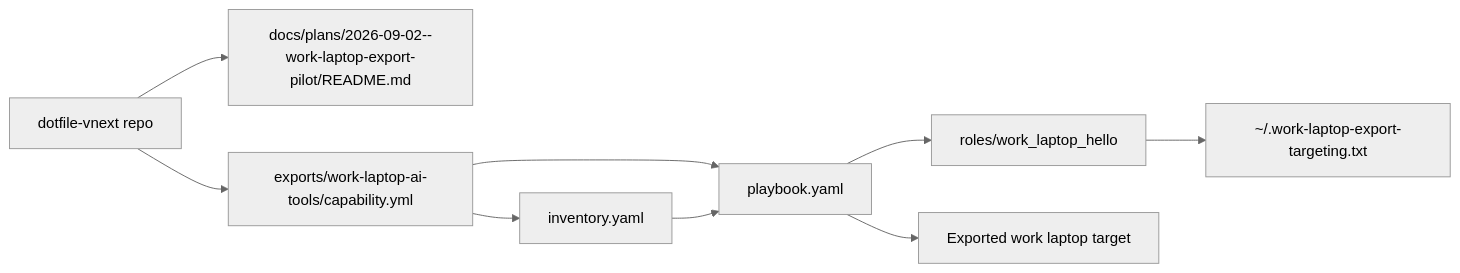
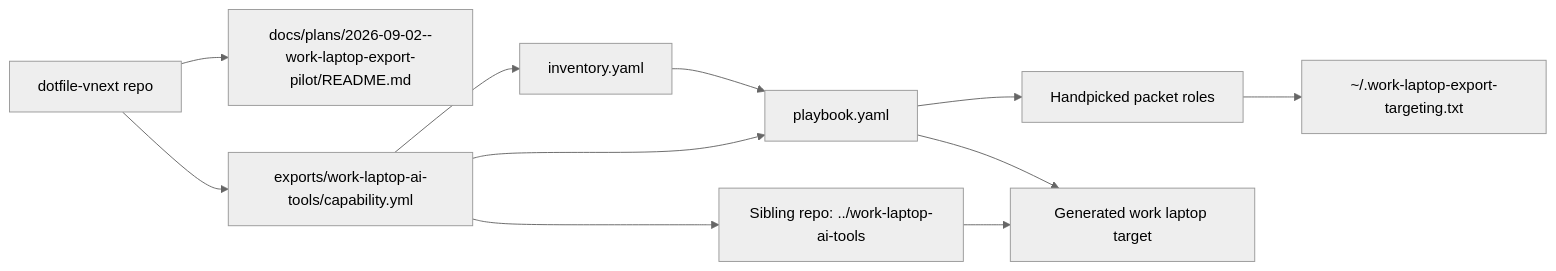
The first of 3 diagrams in docs/plans/2026-09-02--work-laptop-export-pilot/README.md (doesitscript/dotfile-vnext), drawn with Mermaid (neutral theme) before and after one commit. The commit also changed other lines of this file and 68 other files, not shown here.

First line of the commit message:
feat(export): promote work-laptop build-target repo workflow

````diff
--- a/docs/plans/2026-09-02--work-laptop-export-pilot/README.md
+++ b/docs/plans/2026-09-02--work-laptop-export-pilot/README.md
@@ -31,20 +31,23 @@
 ```mermaid
 flowchart LR
   repo["dotfile-vnext repo"]
   plan["docs/plans/2026-09-02--work-laptop-export-pilot/README.md"]
   manifest["exports/work-laptop-ai-tools/capability.yml"]
   inventory["inventory.yaml"]
   playbook["playbook.yaml"]
-  role["roles/work_laptop_hello"]
-  mac["Exported work laptop target"]
+  role["Handpicked packet roles"]
+  sibling["Sibling repo: ../work-laptop-ai-tools"]
+  mac["Generated work laptop target"]
   marker["~/.work-laptop-export-targeting.txt"]
 
   repo --> plan
   repo --> manifest
   manifest --> inventory
   manifest --> playbook
   playbook --> role
+  manifest --> sibling
+  sibling --> mac
   inventory --> playbook
   playbook --> mac
   role --> marker
 ```
````
